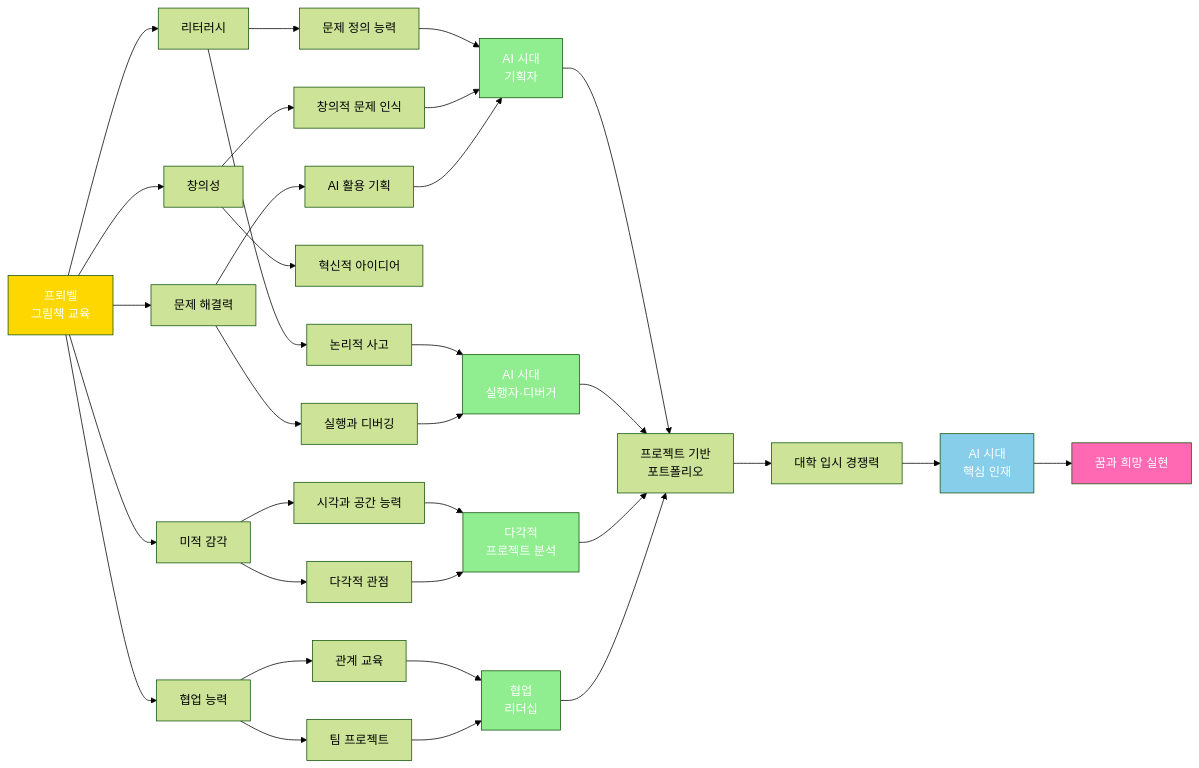
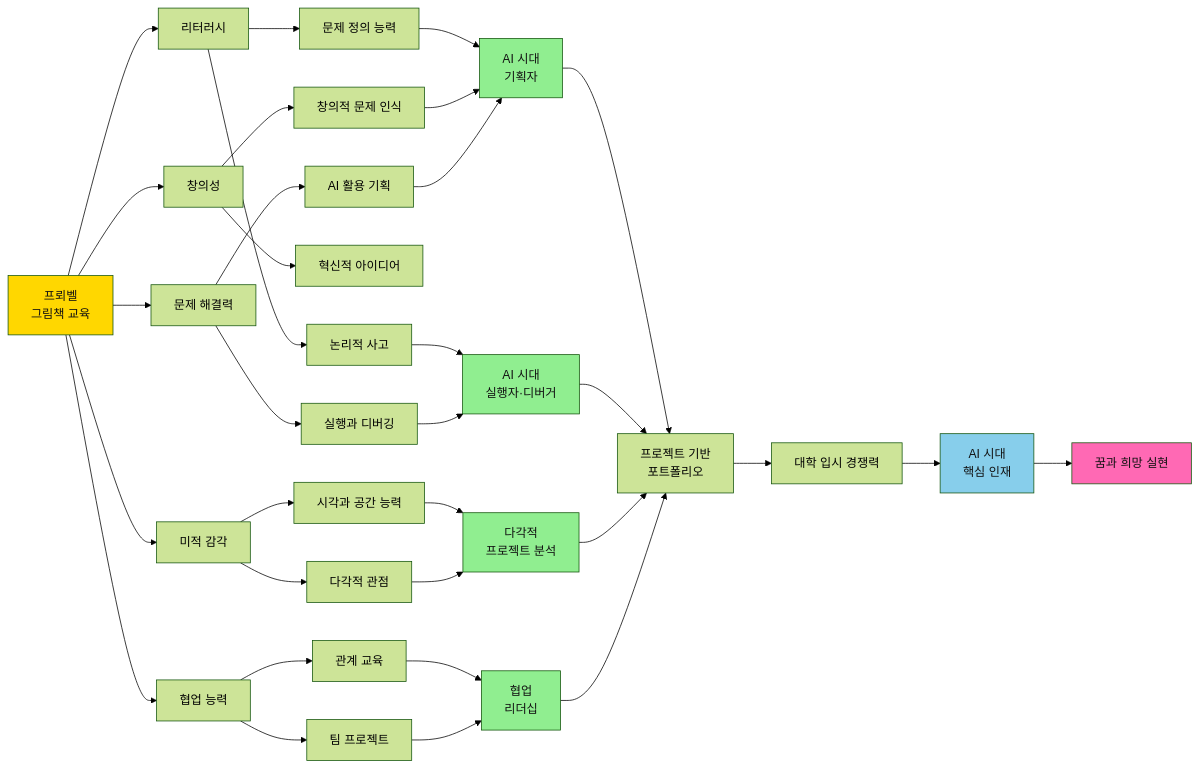
Diagram 32 of 37 in 2단계_유아초등교육커리큘럼.md (Collegenie-X/froebel), drawn with Mermaid (forest theme) before and after one commit. The commit also changed other lines of this file and 2 other files, not shown here.

````diff
--- a/2단계_유아초등교육커리큘럼.md
+++ b/2단계_유아초등교육커리큘럼.md
@@ -1021,53 +1439,53 @@
 ```mermaid
 graph LR
     A[프뢰벨<br/>그림책 교육] --> B[리터러시]
     A --> C[창의성]
     A --> D[미적 감각]
     A --> E[문제 해결력]
     A --> F[협업 능력]
     
     B --> G[문제 정의 능력]
     B --> H[논리적 사고]
     
     C --> I[창의적 문제 인식]
     C --> J[혁신적 아이디어]
     
     D --> K[시각과 공간 능력]
     D --> L[다각적 관점]
     
     E --> M[AI 활용 기획]
     E --> N[실행과 디버깅]
     
     F --> O[관계 교육]
     F --> P[팀 프로젝트]
     
     G --> Q[AI 시대<br/>기획자]
     I --> Q
     M --> Q
     
     H --> R[AI 시대<br/>실행자·디버거]
     N --> R
     
     K --> S[다각적<br/>프로젝트 분석]
     L --> S
     
     O --> T[협업<br/>리더십]
     P --> T
     
     Q --> U[프로젝트 기반<br/>포트폴리오]
     R --> U
     S --> U
     T --> U
     
     U --> V[대학 입시 경쟁력]
     V --> W[AI 시대<br/>핵심 인재]
     W --> X[꿈과 희망 실현]
     
-    style A fill:#FFD700,color:#fff
-    style Q fill:#90EE90,color:#fff
-    style R fill:#90EE90,color:#fff
-    style S fill:#90EE90,color:#fff
-    style T fill:#90EE90,color:#fff
-    style W fill:#87CEEB,color:#fff
-    style X fill:#FF69B4,color:#fff
+    style A fill:#FFD700,color:#111
+    style Q fill:#90EE90,color:#111
+    style R fill:#90EE90,color:#111
+    style S fill:#90EE90,color:#111
+    style T fill:#90EE90,color:#111
+    style W fill:#87CEEB,color:#111
+    style X fill:#FF69B4,color:#111
 ```
````
